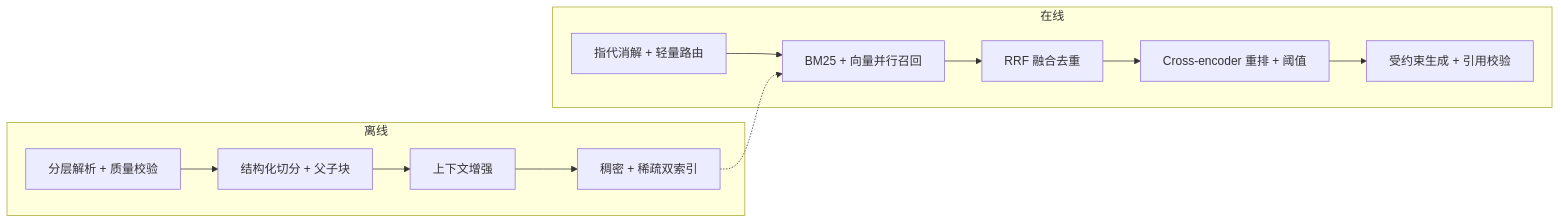
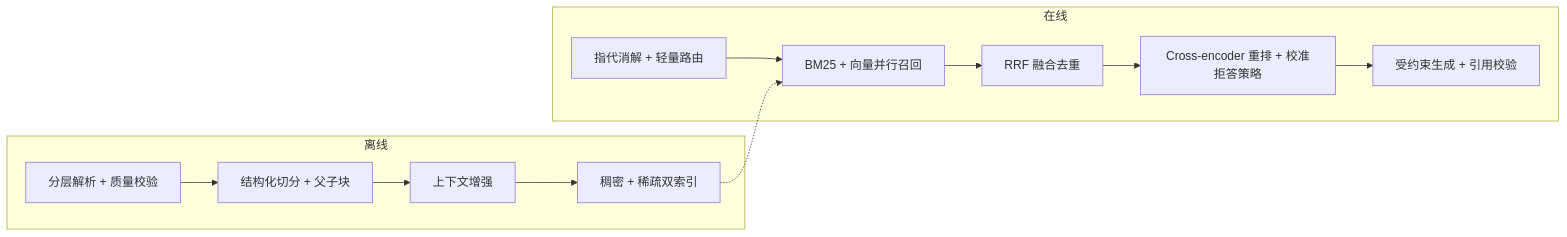
The third of 3 diagrams in docs/rag/14-retrieval-optimization.md (oneleaveknowsthefall/awesome-ai-roadmap), drawn with Mermaid before and after one commit. The commit also changed other lines of this file and 77 other files, not shown here.

Commit message:
docs: audit and modernize the AI roadmap

````diff
--- a/docs/rag/14-retrieval-optimization.md
+++ b/docs/rag/14-retrieval-optimization.md
@@ -140,15 +154,15 @@
 ```mermaid
 flowchart LR
     subgraph 离线
         A[分层解析 + 质量校验] --> B[结构化切分 + 父子块]
         B --> C[上下文增强]
         C --> D[稠密 + 稀疏双索引]
     end
     subgraph 在线
         E[指代消解 + 轻量路由] --> F[BM25 + 向量并行召回]
         F --> G[RRF 融合去重]
-        G --> H[Cross-encoder 重排 + 阈值]
+        G --> H[Cross-encoder 重排 + 校准拒答策略]
         H --> I[受约束生成 + 引用校验]
     end
     D -.-> F
 ```
````
